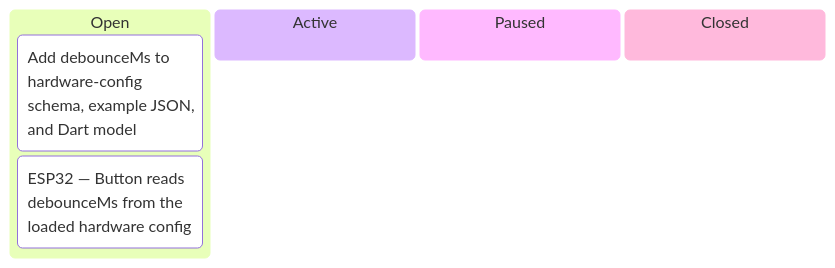
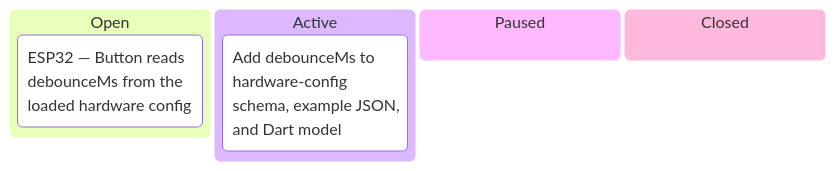
One commit to tgd1975/AwesomeGuitarPedal changed the first of 10 diagrams in docs/developers/tasks/KANBAN.md. Above: the diagram before and after it, drawn with Mermaid. The commit also changed other lines of this file and 15 other files, not shown here.

First line of the commit message:
feat(config): add debounceMs to hardware config — schema, example, Dart model, JSON parser

````diff
--- a/docs/developers/tasks/KANBAN.md
+++ b/docs/developers/tasks/KANBAN.md
@@ -11,9 +11,9 @@
 ```mermaid
 kanban
   Open
-    TASK_375["Add debounceMs to hardware-config schema, example JSON, and Dart model"]
     TASK_376["ESP32 — Button reads debounceMs from the loaded hardware config"]
   Active
+    TASK_375["Add debounceMs to hardware-config schema, example JSON, and Dart model"]
   Paused
   Closed
 ```
````
